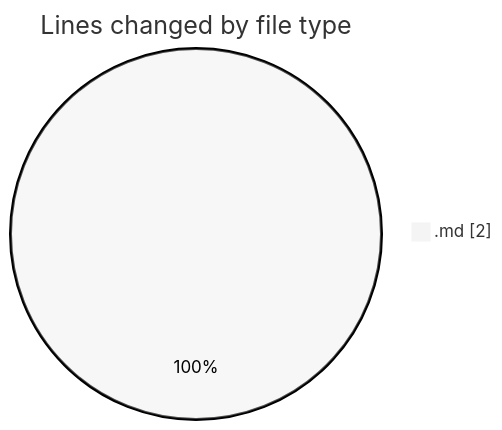
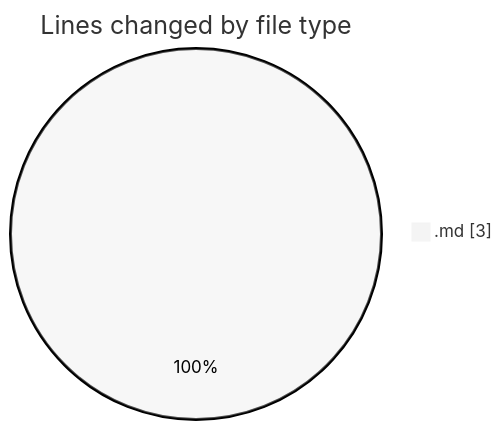
Before and after one commit to Ritupan-Deka/code-tracking: the first of 2 diagrams in 2025-07-17/urlwebwala_intership_work/README.md, drawn with Mermaid (neutral theme). The commit also changed other lines of this file and 1 other file, not shown here.

````diff
--- a/2025-07-17/urlwebwala_intership_work/README.md
+++ b/2025-07-17/urlwebwala_intership_work/README.md
@@ -20,5 +20,5 @@
 ```mermaid
 pie showData
 title Lines changed by file type
-".md" : 2
+".md" : 3
 ```
````
